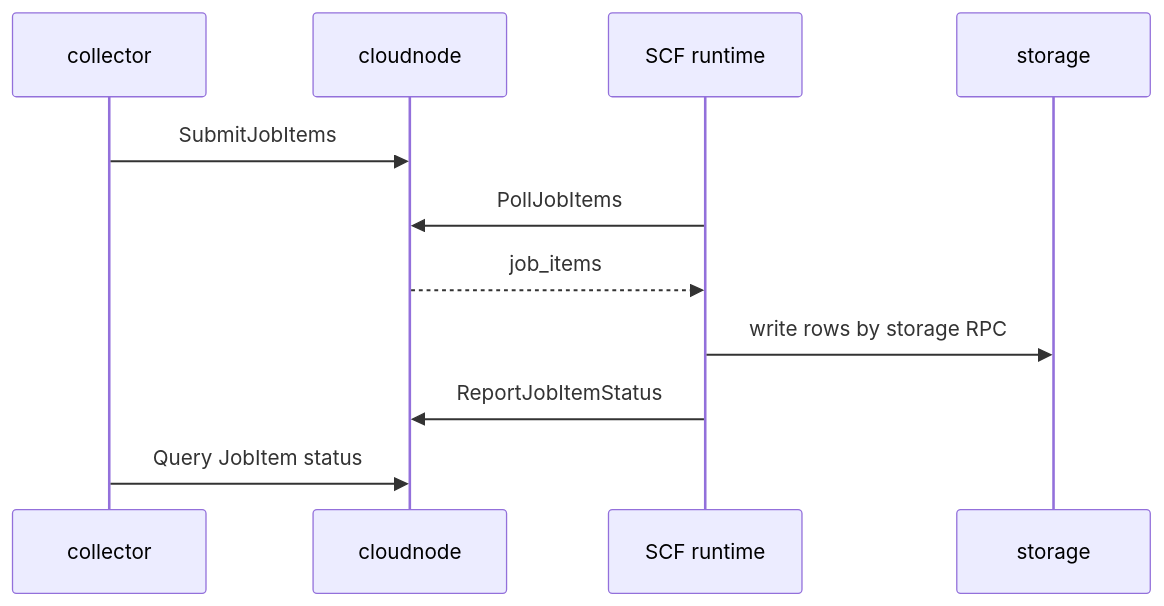
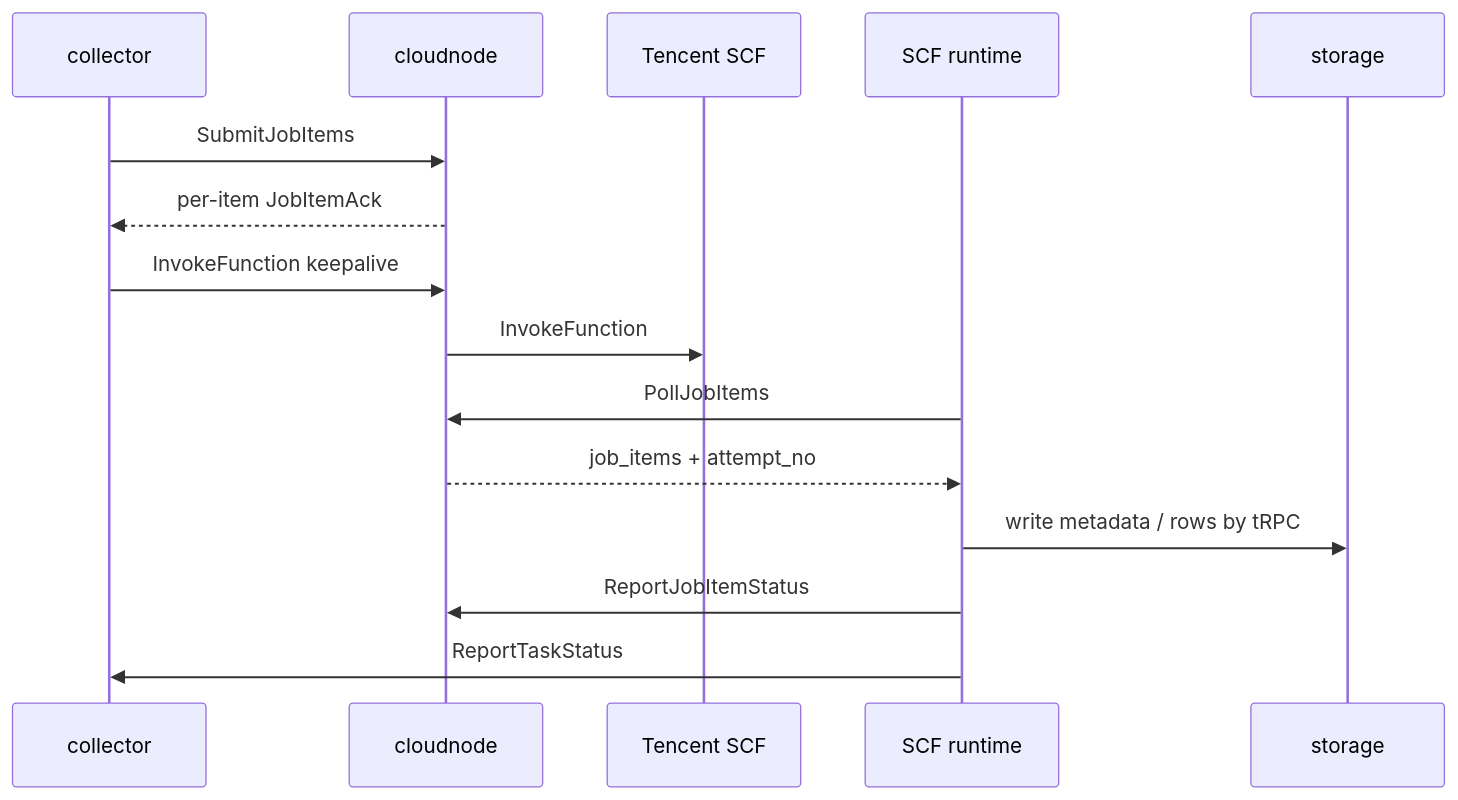
The second of 2 diagrams in docs/云节点执行平台架构.md (mooyang-code/moox), drawn with Mermaid before and after one commit. The commit also changed other lines of this file and 56 other files, not shown here.

First line of the commit message:
refactor: align soft delete schema and docs

````diff
--- a/docs/云节点执行平台架构.md
+++ b/docs/云节点执行平台架构.md
@@ -195,14 +115,18 @@
 ```mermaid
 sequenceDiagram
   participant Collector as collector
   participant CloudNode as cloudnode
-  participant SCF as SCF runtime
+  participant TencentSCF as Tencent SCF
+  participant Runtime as SCF runtime
   participant Storage as storage
 
   Collector->>CloudNode: SubmitJobItems
-  SCF->>CloudNode: PollJobItems
-  CloudNode-->>SCF: job_items
-  SCF->>Storage: write rows by storage RPC
-  SCF->>CloudNode: ReportJobItemStatus
-  Collector->>CloudNode: Query JobItem status
+  CloudNode-->>Collector: per-item JobItemAck
+  Collector->>CloudNode: InvokeFunction keepalive
+  CloudNode->>TencentSCF: InvokeFunction
+  Runtime->>CloudNode: PollJobItems
+  CloudNode-->>Runtime: job_items + attempt_no
+  Runtime->>Storage: write metadata / rows by tRPC
+  Runtime->>CloudNode: ReportJobItemStatus
+  Runtime->>Collector: ReportTaskStatus
 ```
````
